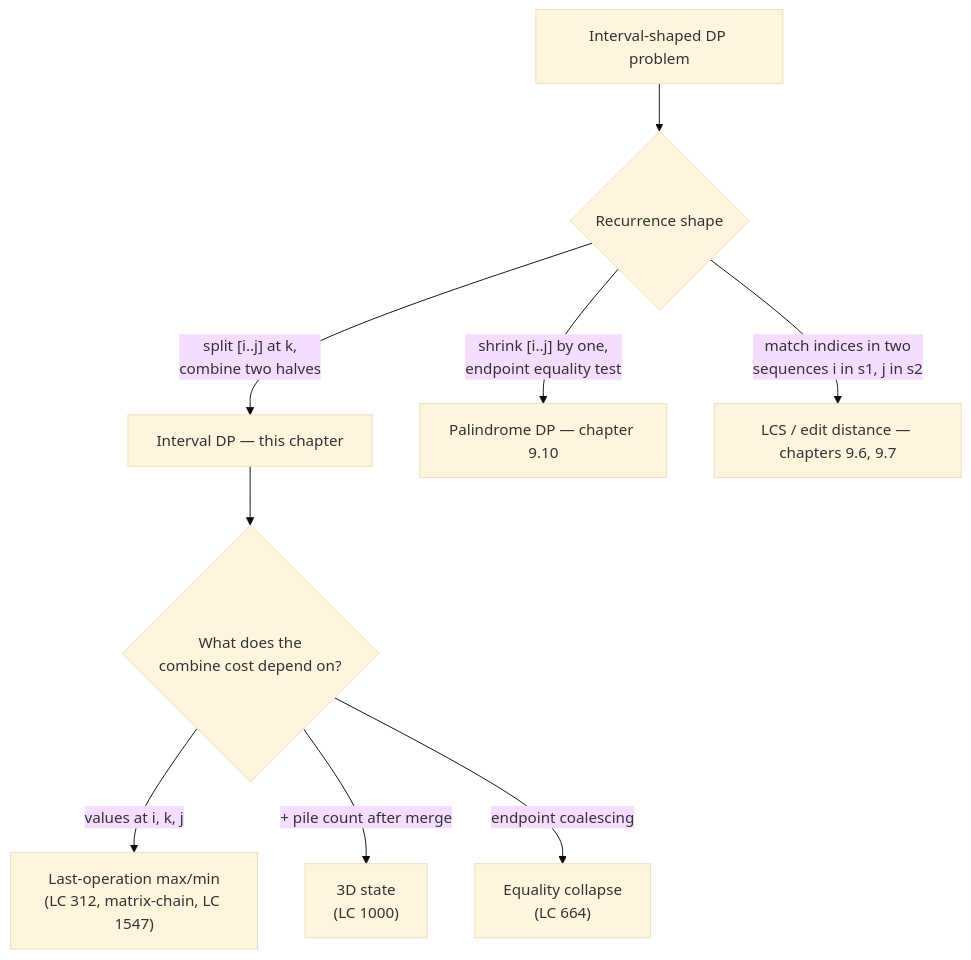
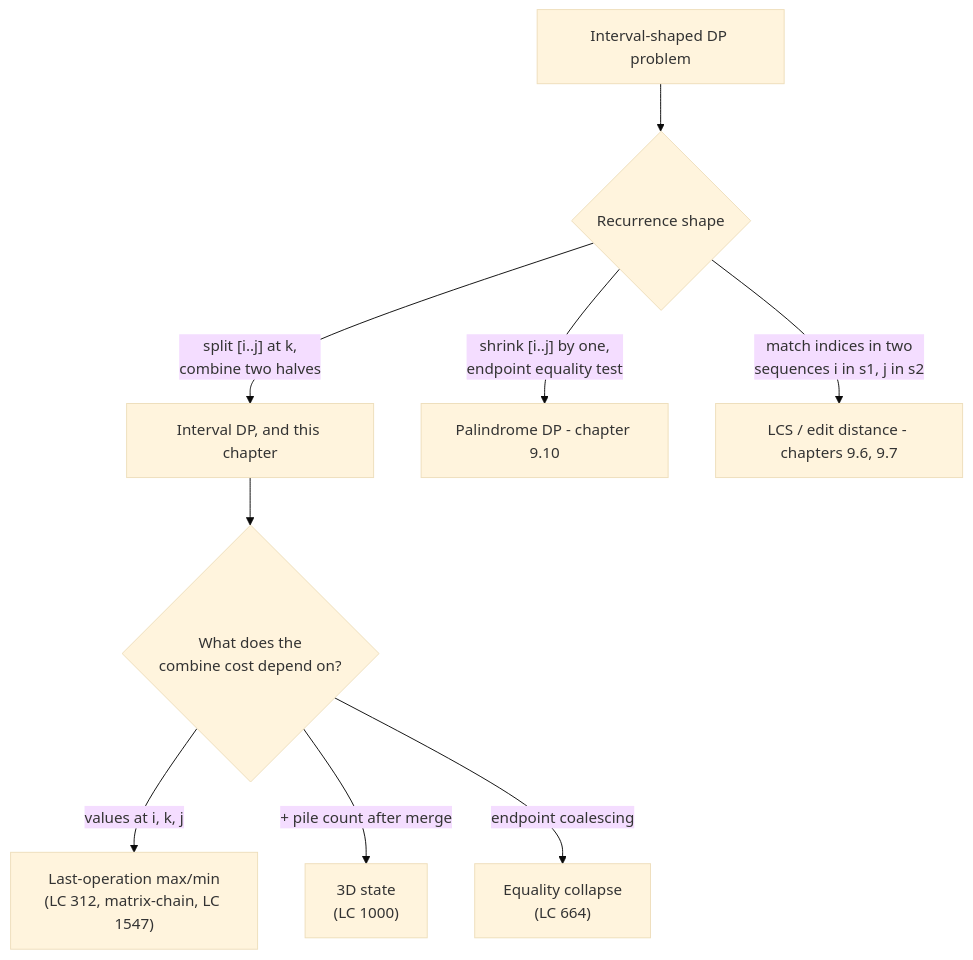
Before and after one commit to Ridzzz0Alam/engineering-path: the first of 3 diagrams in src/data/handbooks/dsa/part-9-dynamic-programming/11-interval-dp.md, drawn with Mermaid (base theme). The commit also changed other lines of this file and 283 other files, not shown here.

````diff
--- a/src/data/handbooks/dsa/part-9-dynamic-programming/11-interval-dp.md
+++ b/src/data/handbooks/dsa/part-9-dynamic-programming/11-interval-dp.md
@@ -32,11 +32,11 @@
 ```mermaid
 flowchart TD
     A[Interval-shaped DP problem] --> B{Recurrence shape}
-    B -- "split [i..j] at k,<br/>combine two halves" --> C[Interval DP — this chapter]
-    B -- "shrink [i..j] by one,<br/>endpoint equality test" --> D[Palindrome DP — chapter 9.10]
-    B -- "match indices in two<br/>sequences i in s1, j in s2" --> E[LCS / edit distance — chapters 9.6, 9.7]
+    B -- "split [i..j] at k,<br/>combine two halves" --> C[Interval DP, and this chapter]
+    B -- "shrink [i..j] by one,<br/>endpoint equality test" --> D[Palindrome DP - chapter 9.10]
+    B -- "match indices in two<br/>sequences i in s1, j in s2" --> E[LCS / edit distance - chapters 9.6, 9.7]
     C --> F{What does the<br/>combine cost depend on?}
     F -- "values at i, k, j" --> G["Last-operation max/min<br/>(LC 312, matrix-chain, LC 1547)"]
     F -- "+ pile count after merge" --> H["3D state<br/>(LC 1000)"]
     F -- "endpoint coalescing" --> I["Equality collapse<br/>(LC 664)"]
 ```
````
